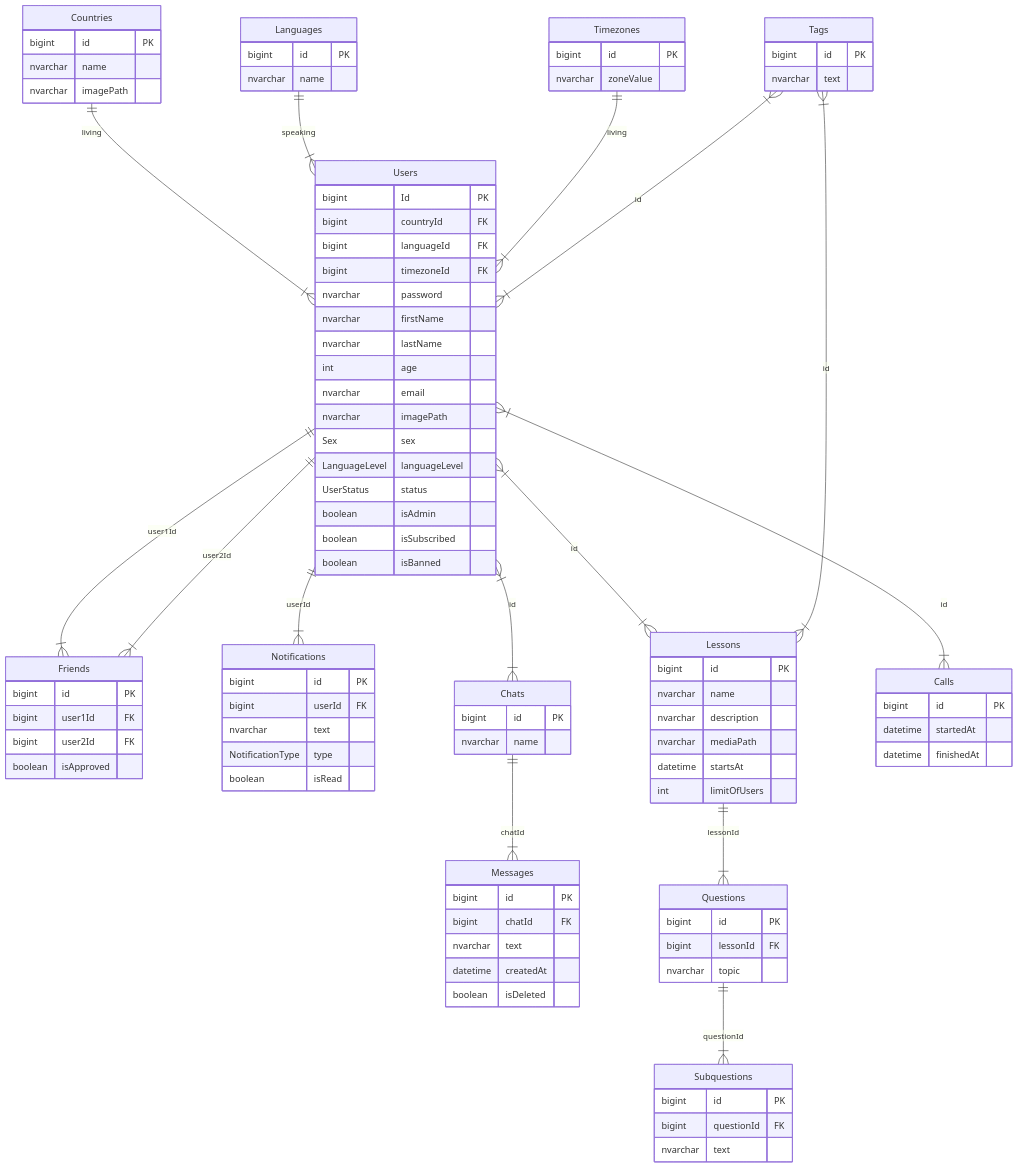
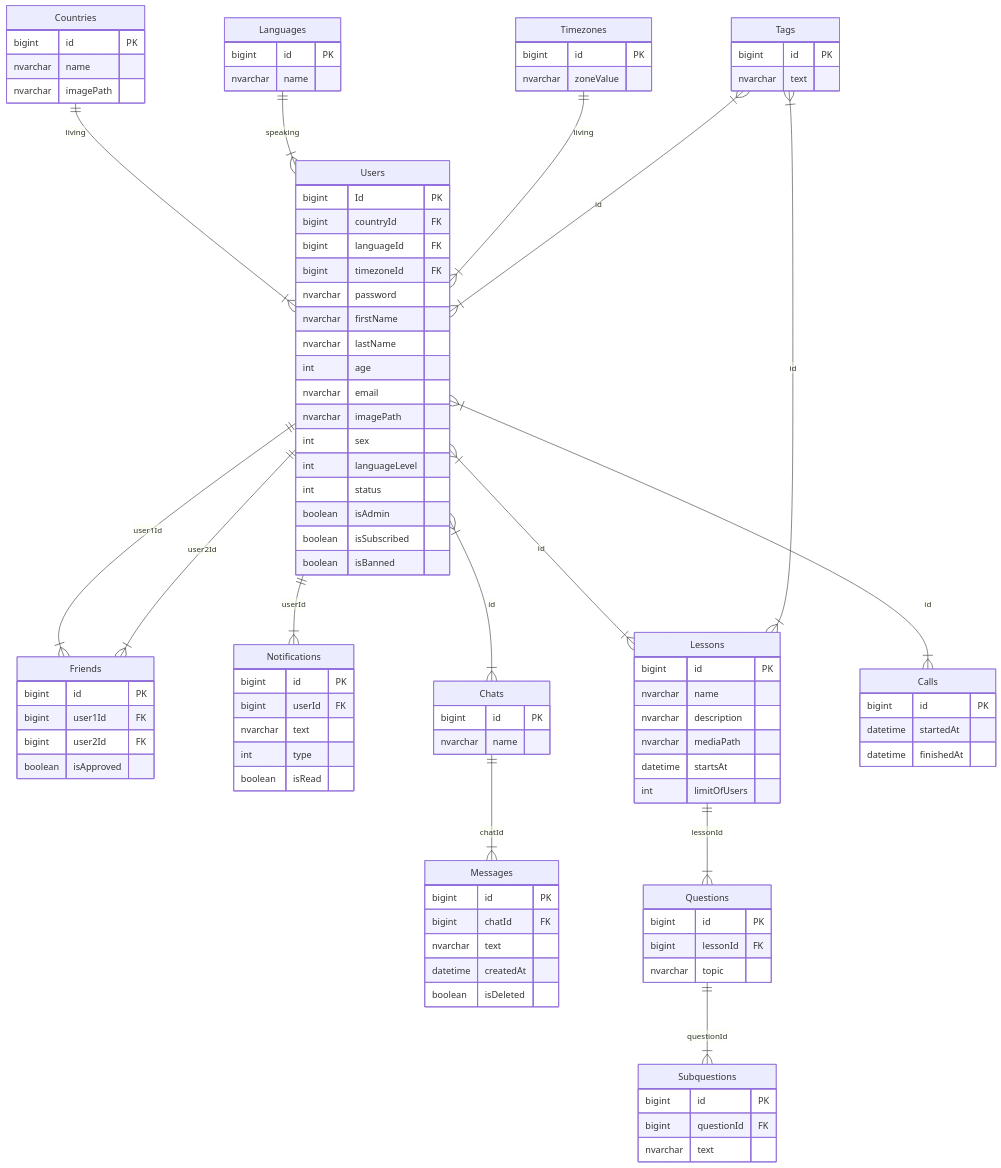
The diagram in README.md (BinaryStudioAcademy/bsa-winter-2022-2023-easyspeak), drawn with Mermaid before and after one commit.

Commit message:
changed data types for enums

```diff
--- a/README.md
+++ b/README.md
@@ -54,12 +54,20 @@
     int age
     nvarchar email
     nvarchar imagePath
-    Sex sex
-    LanguageLevel languageLevel
-    UserStatus status
+    int sex
+    int languageLevel
+    int status
     boolean isAdmin
     boolean isSubscribed
     boolean isBanned
+  }
+
+  Notifications {
+    bigint id PK
+    bigint userId FK
+    nvarchar text
+    int type
+    boolean isRead
   }
 
   Friends{
@@ -116,14 +124,6 @@
     nvarchar zoneValue
   } 
 
-  Notifications {
-    bigint id PK
-    bigint userId FK
-    nvarchar text
-    NotificationType type
-    boolean isRead
-  }
-
   Tags }|--|{ Users : id
   Tags }|--|{ Lessons : id
   Tags {
```
